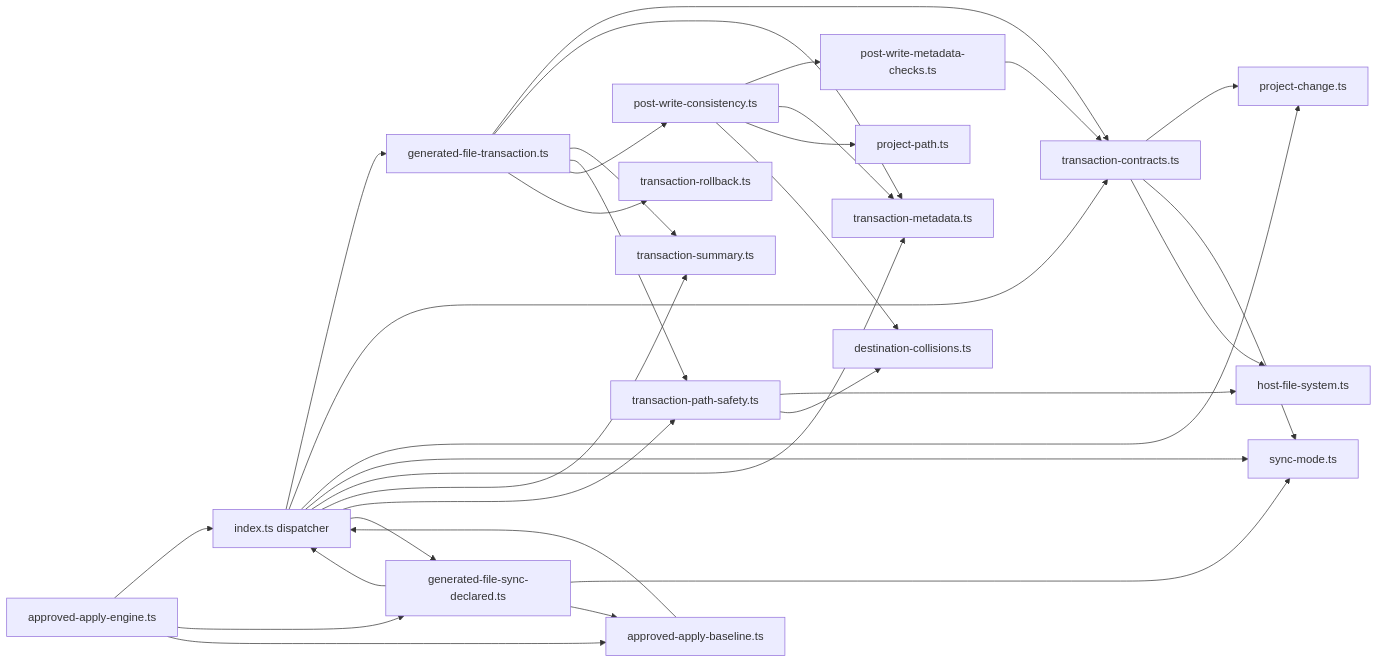
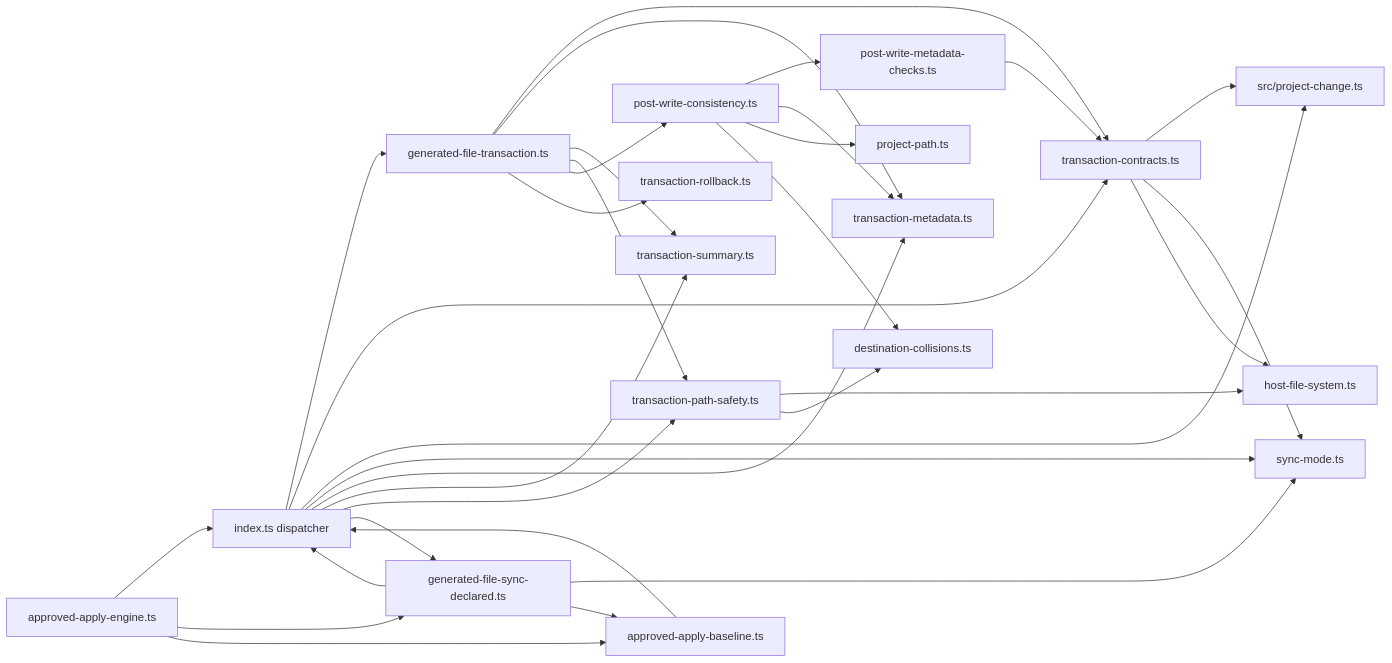
One commit to vitala89/Intentloom changed the third of 10 diagrams in docs/designs/p1i1-generated-file-transaction/SYSTEM_DESIGN.md. Above: the diagram before and after it, drawn with Mermaid. The commit also changed other lines of this file and 6 other files, not shown here.

First line of the commit message:
docs(architecture): correct the P1I.1 trust and contract design

````diff
--- a/docs/designs/p1i1-generated-file-transaction/SYSTEM_DESIGN.md
+++ b/docs/designs/p1i1-generated-file-transaction/SYSTEM_DESIGN.md
@@ -421,51 +425,51 @@
 ```mermaid
 flowchart LR
   index["index.ts dispatcher"]
   commit["generated-file-transaction.ts"]
   contracts["transaction-contracts.ts"]
-  change["project-change.ts"]
+  change["src/project-change.ts"]
   mode["sync-mode.ts"]
   meta["transaction-metadata.ts"]
   summary["transaction-summary.ts"]
   safety["transaction-path-safety.ts"]
   post["post-write-consistency.ts"]
   checks["post-write-metadata-checks.ts"]
   rollback["transaction-rollback.ts"]
   declared["generated-file-sync-declared.ts"]
   baseline["approved-apply-baseline.ts"]
   engine["approved-apply-engine.ts"]
   host["host-file-system.ts"]
   paths["project-path.ts"]
   collisions["destination-collisions.ts"]
   index --> commit
   index --> contracts
   index --> change
   index --> mode
   index --> meta
   index --> summary
   index --> safety
   index --> declared
   commit --> contracts
   commit --> meta
   commit --> summary
   commit --> safety
   commit --> post
   commit --> rollback
   post --> checks
   post --> meta
   post --> paths
   post --> collisions
   checks --> contracts
   contracts --> change
   contracts --> mode
   contracts --> host
   safety --> host
   safety --> collisions
   declared --> mode
   declared --> baseline
   declared --> index
   baseline --> index
   engine --> index
   engine --> declared
   engine --> baseline
 ```
````
